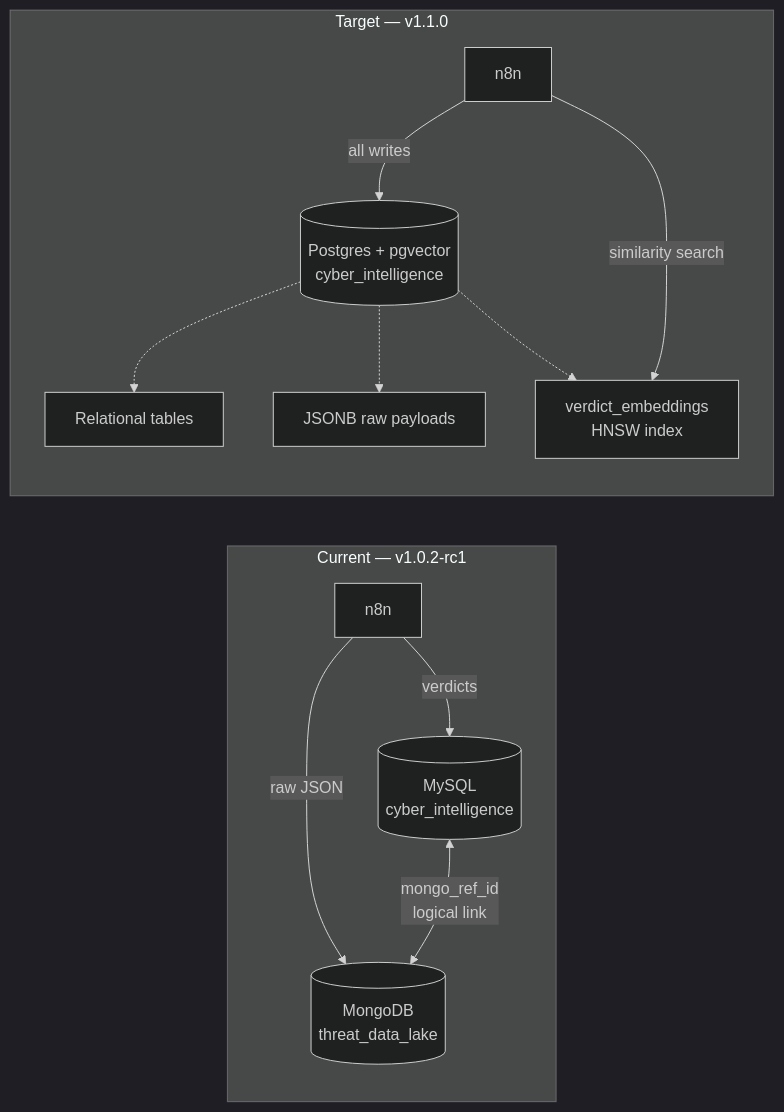
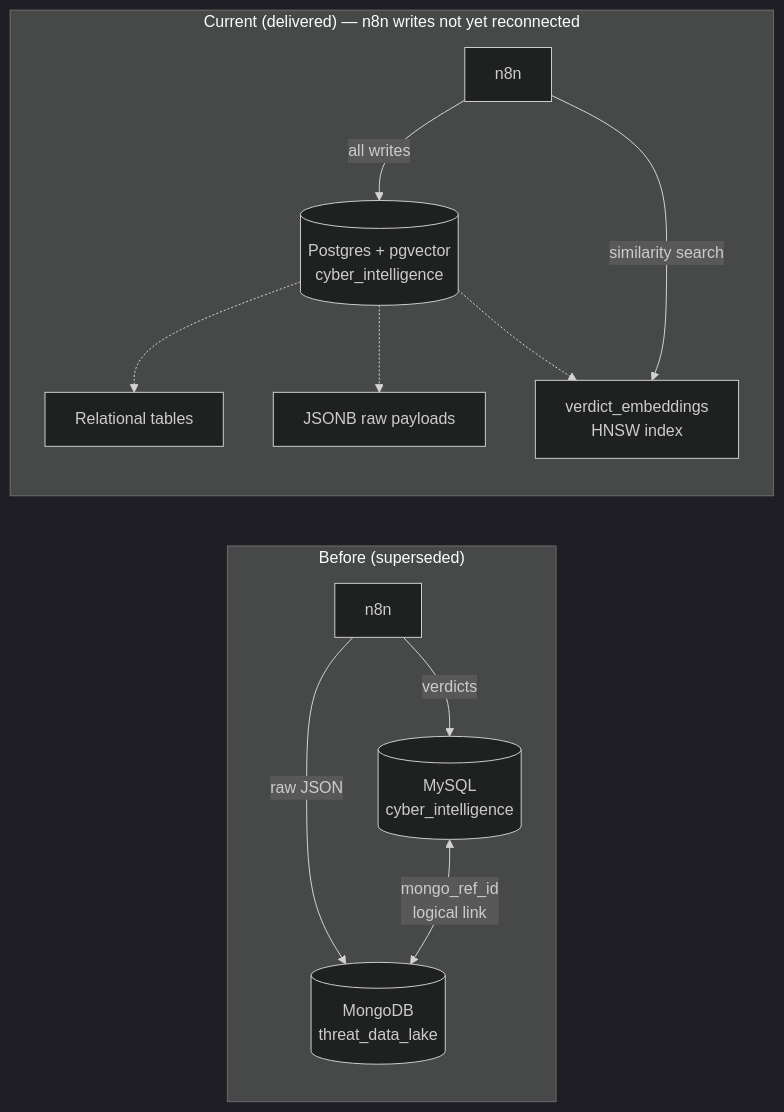
One commit to lukaszFD/cyber-sentinel changed the diagram in docs/future-roadmap.md. Above: the diagram before and after it, drawn with Mermaid (dark theme). The commit also changed other lines of this file and 26 other files, not shown here.

````diff
--- a/docs/future-roadmap.md
+++ b/docs/future-roadmap.md
@@ -168,19 +187,19 @@
 ```mermaid
 flowchart LR
-    subgraph Before[" Current — v1.0.2-rc1 "]
+    subgraph Before[" Before (superseded) "]
         M1[(MySQL<br/>cyber_intelligence)]
         M2[(MongoDB<br/>threat_data_lake)]
         N1[n8n] -->|verdicts| M1
         N1 -->|raw JSON| M2
         M1 <-->|mongo_ref_id<br/>logical link| M2
     end
 
-    subgraph After[" Target — v1.1.0 "]
+    subgraph After[" Current (delivered) — n8n writes not yet reconnected "]
         P[(Postgres + pgvector<br/>cyber_intelligence)]
         P -.-> P1[Relational tables]
         P -.-> P2[JSONB raw payloads]
         P -.-> P3[verdict_embeddings<br/>HNSW index]
         N2[n8n] -->|all writes| P
         N2 -->|similarity search| P3
     end
 ```
````
